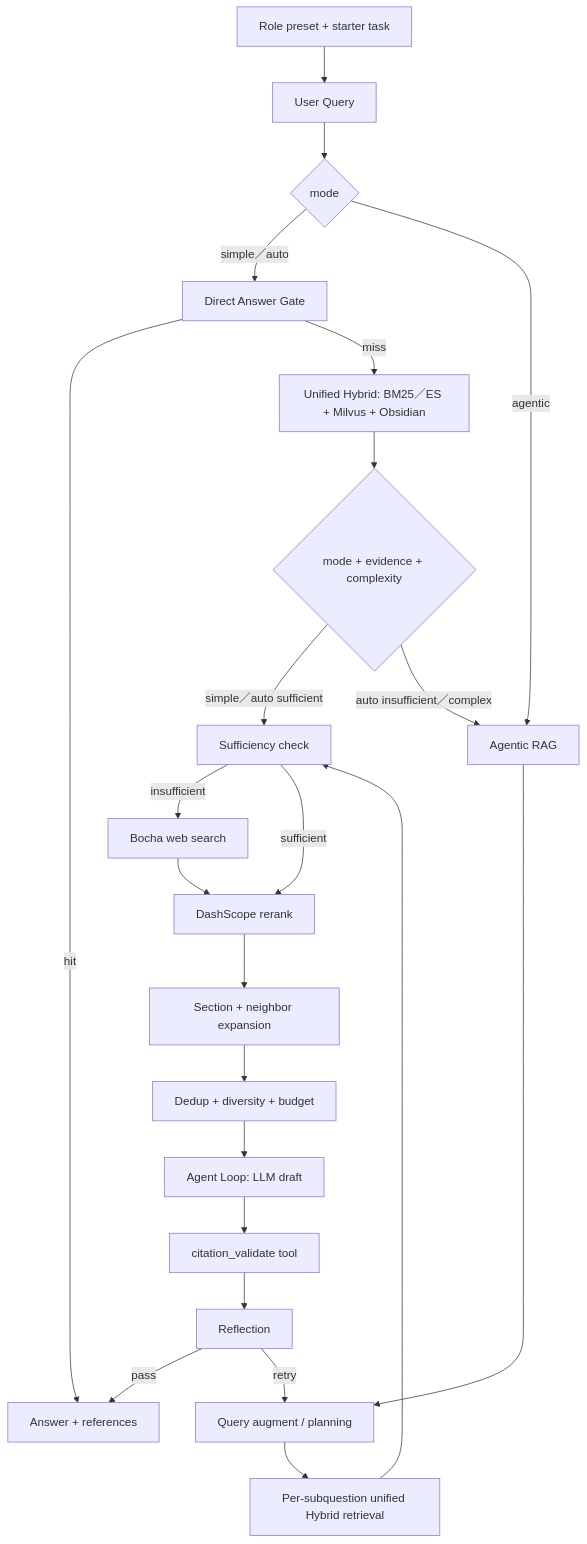
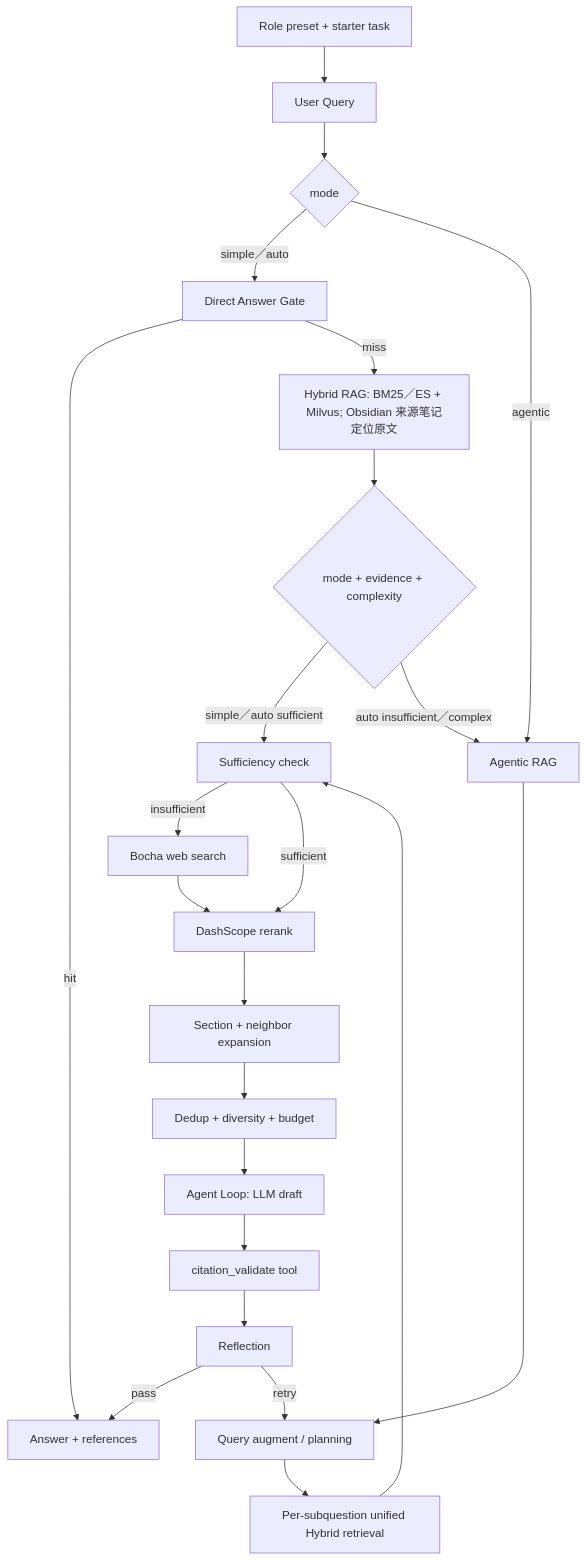
The third of 3 diagrams in docs/architecture/ARCHITECTURE.md (monstereatai/RAG), drawn with Mermaid before and after one commit. The commit also changed other lines of this file and 138 other files, not shown here.

````diff
--- a/docs/architecture/ARCHITECTURE.md
+++ b/docs/architecture/ARCHITECTURE.md
@@ -134,25 +139,25 @@
 ```mermaid
 flowchart TD
   Q["User Query"] --> Mode{"mode"}
   Role["Role preset + starter task"] --> Q
   Mode -->|simple／auto| Direct["Direct Answer Gate"]
   Direct -->|hit| Final["Answer + references"]
-  Direct -->|miss| Retrieve["Unified Hybrid: BM25／ES + Milvus + Obsidian"]
+  Direct -->|miss| Retrieve["Hybrid RAG: BM25／ES + Milvus; Obsidian 来源笔记定位原文"]
   Mode -->|agentic| Agentic["Agentic RAG"]
   Retrieve --> Router{"mode + evidence + complexity"}
   Router -->|simple／auto sufficient| Sufficiency["Sufficiency check"]
   Router -->|auto insufficient／complex| Agentic
   Agentic --> Plan["Query augment / planning"]
   Plan --> AgentRetrieve["Per-subquestion unified Hybrid retrieval"]
   AgentRetrieve --> Sufficiency
   Sufficiency -->|insufficient| Web["Bocha web search"]
   Sufficiency -->|sufficient| Rerank["DashScope rerank"]
   Web --> Rerank
   Rerank --> Expand["Section + neighbor expansion"]
   Expand --> Context["Dedup + diversity + budget"]
   Context --> Generate["Agent Loop: LLM draft"]
   Generate --> CitationTool["citation_validate tool"]
   CitationTool --> Reflect["Reflection"]
   Reflect -->|pass| Final
   Reflect -->|retry| Plan
 ```
````
